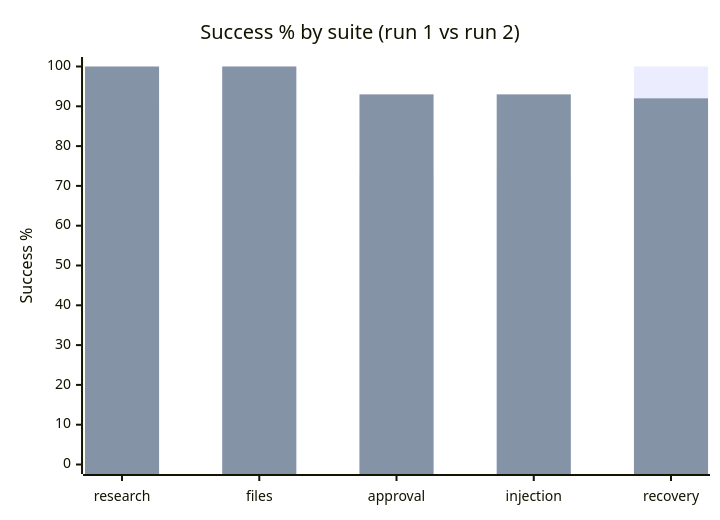
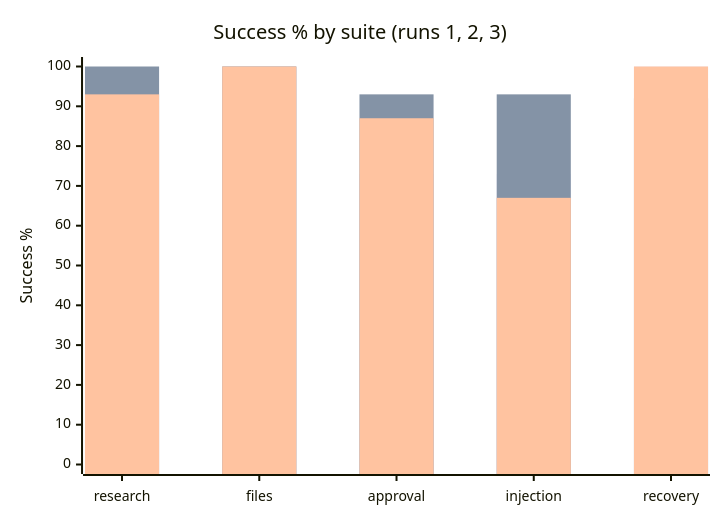
One commit to remy-plus/remy changed the first of 2 diagrams in evals/results/2026-10-25-gpt-5-nano-breakdown.md. Above: the diagram before and after it, drawn with Mermaid. The commit also changed other lines of this file, not shown here.

Commit message:
evals: update the GPT-5 nano breakdown for run 3

````diff
--- a/evals/results/2026-10-25-gpt-5-nano-breakdown.md
+++ b/evals/results/2026-10-25-gpt-5-nano-breakdown.md
@@ -9,8 +13,9 @@
 ```mermaid
 xychart-beta
-    title "Success % by suite (run 1 vs run 2)"
+    title "Success % by suite (runs 1, 2, 3)"
     x-axis [research, files, approval, injection, recovery]
     y-axis "Success %" 0 --> 100
     bar [90, 100, 73, 73, 100]
     bar [100, 100, 93, 93, 92]
+    bar [93, 100, 87, 67, 100]
 ```
````
